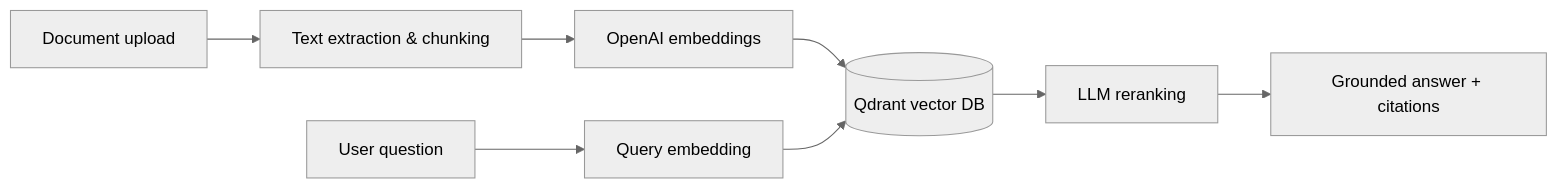
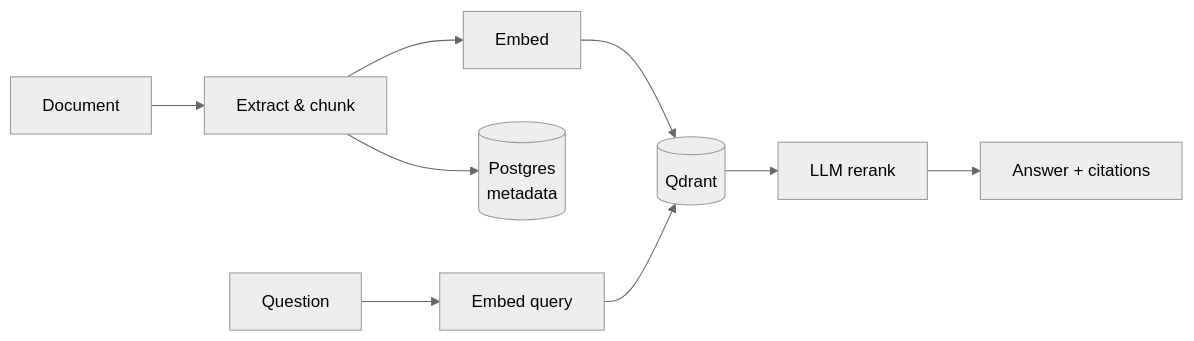
One commit to AmitojSK/Enterprise-RAG changed the first of 2 diagrams in README.md. Above: the diagram before and after it, drawn with Mermaid (neutral theme). The commit also changed other lines of this file and 12 other files, not shown here.

````diff
--- a/README.md
+++ b/README.md
@@ -25,10 +19,11 @@
 ```mermaid
 flowchart LR
-  Upload[Document upload] --> Parse[Text extraction & chunking]
-  Parse --> Embed[OpenAI embeddings]
-  Embed --> Qdrant[(Qdrant vector DB)]
-  Question[User question] --> EmbedQ[Query embedding]
-  EmbedQ --> Qdrant
-  Qdrant --> Rerank[LLM reranking]
-  Rerank --> Answer[Grounded answer + citations]
+  U[Document] --> P[Extract & chunk]
+  P --> E[Embed]
+  E --> Q[(Qdrant)]
+  P --> M[(Postgres<br/>metadata)]
+  QU[Question] --> QE[Embed query]
+  QE --> Q
+  Q --> R[LLM rerank]
+  R --> A[Answer + citations]
 ```
````
